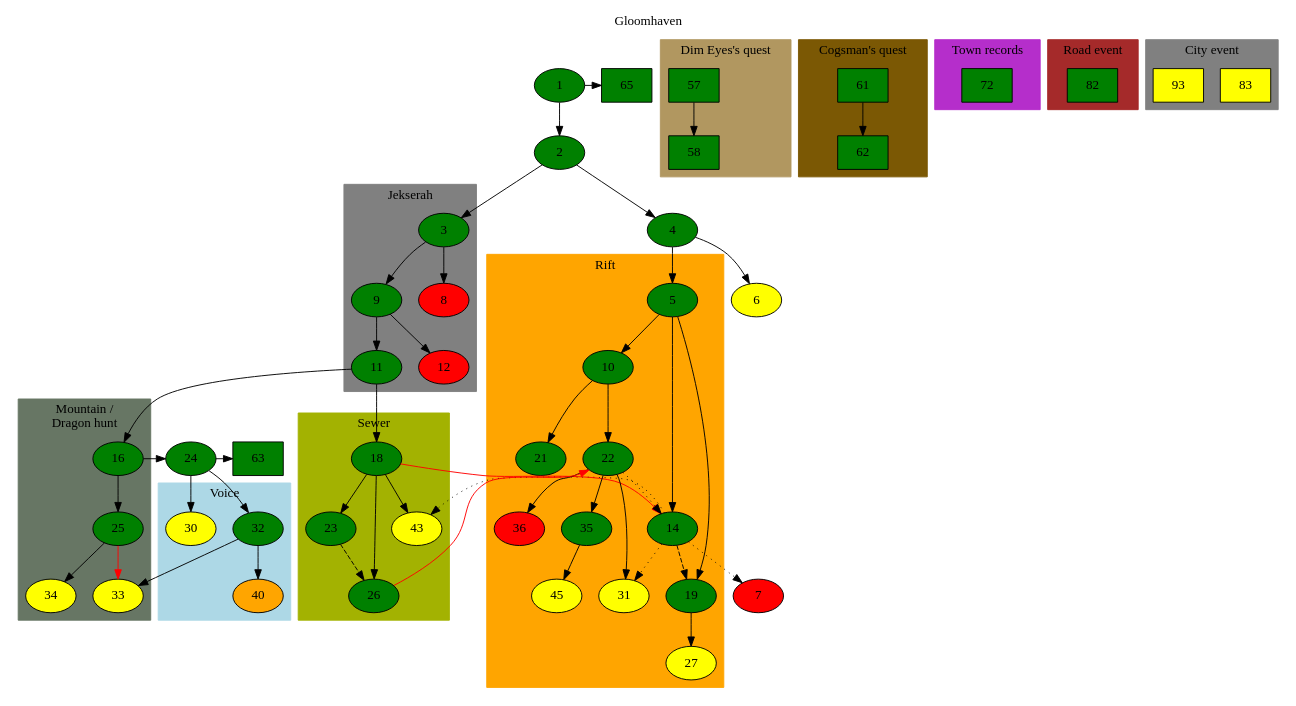
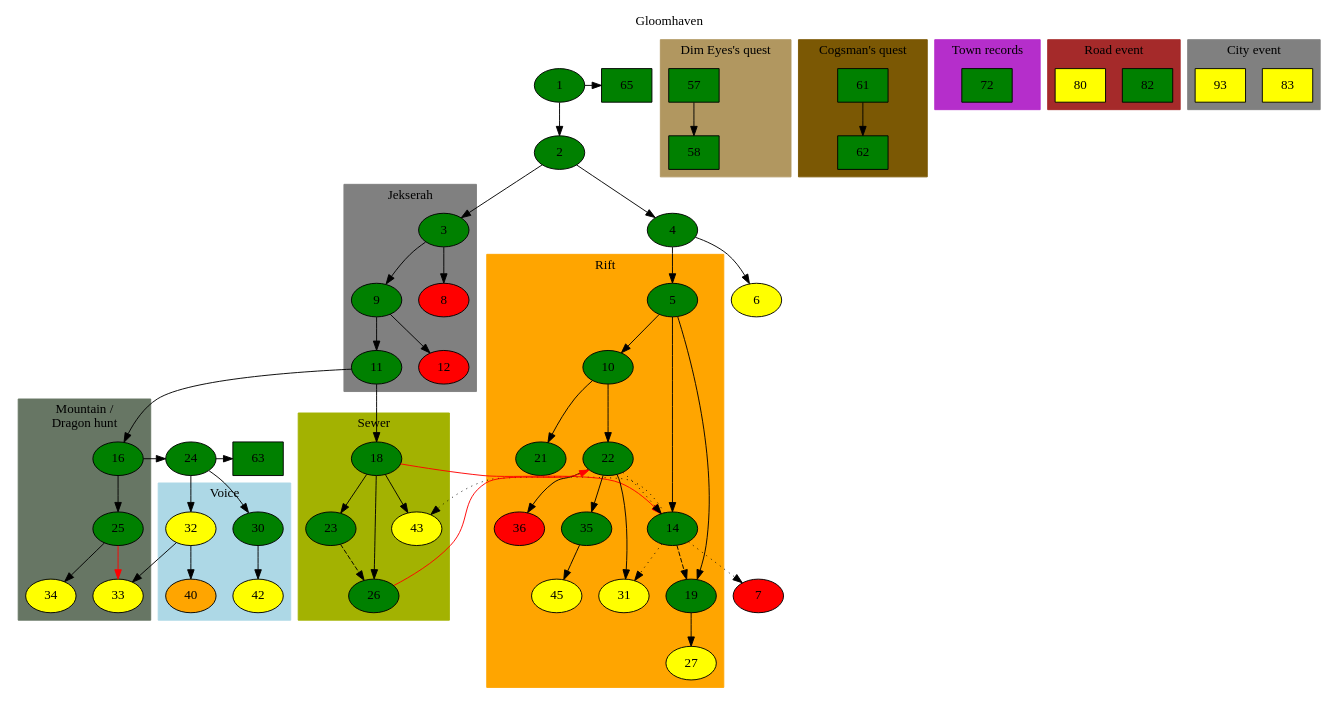
One commit to PickledChris/gloomhaven-scenario-tracking changed the diagram in scenarios.dot. Above: the diagram before and after it, drawn with Graphviz. The commit also changed 1 other file, not shown here.

```diff
--- a/scenarios.dot
+++ b/scenarios.dot
@@ -1,138 +1,139 @@
 digraph world {
 	label="Gloomhaven";
 	labelloc="top";
 
 	# Normal, completed
-	1,2,3,4,5,9,10,11,14,16,18,19,21,22,23,24,25,26,32,35 [style=filled fillcolor="green"];
+	1,2,3,4,5,9,10,11,14,16,18,19,21,22,23,24,25,26,30,32,35 [style=filled fillcolor="green"];
 	# Normal, incomplete
-	6,27,30,31,33,34,43,45 [style=filled fillcolor="yellow"];
+	6,27,31,33,34,32,42,43,45 [style=filled fillcolor="yellow"];
 	# Normal, incomplete, requirements not met
 	40 [style=filled fillcolor="orange"];
 	# Normal, uncompletable
 	7,8,12,36 [style=filled fillcolor="red"];
 
 	# Side, completed
 	## Personal quest
 	57,58,61,62 [style=filled fillcolor="green" shape=box]; 
 	## Random reward
 	63,65 [style=filled fillcolor="green" shape=box]; 
 	{rank=same; 1 65;}
 	{rank=same; 24 63;}
 	# Complete
 	72 [style=filled fillcolor="green" shape=box]; 
 
 	# Road/City
 	# Complete
 	82 [style=filled fillcolor="green" shape=box]; 
 	# Incomplete
-	83,93 [style=filled fillcolor="yellow" shape=box]; 
+	80,83,93 [style=filled fillcolor="yellow" shape=box]; 
 
 	1 -> 2;
 	1 -> 65;
 
 	2 -> 3;
 	2 -> 4;
 	4 -> 5;
 	4 -> 6;
 	14 -> 7 [style="dotted"]; # Reference
 	14 -> 31 [style="dotted"]; # Reference
 	14 -> 43 [style="dotted"]; # Reference
 	11 -> 16;
 	11 -> 18;
 	18 -> 14 [color="red"];
 	26 -> 22 [color="red"];
 	23 -> 26 [style="dashed"]; # Unlocked 
 	24 -> 63;
 
 	subgraph cluster_0 {
 		label = "Jekserah";
 		style = "filled";
 		color = "grey";
 		3 -> 8;
 		3 -> 9;
 		9 -> 11;
 		9 -> 12;
 	}
 
 	subgraph cluster_1 {
 		label = "Rift";
 		style = "filled";
 		color = "orange";
 		5 -> 10;
 		5 -> 14;
 		5 -> 19;
 		14 -> 19 [style="dashed"]; # Unlocks
 		19 -> 27;
 		10 -> 21;
 		10 -> 22;
 		22 -> 14 [style="dotted"]; # Reference
 		22 -> 31;
 		22 -> 35;
 		22 -> 36;
 		35 -> 45;
 	}
 
 	subgraph cluster_2 {
 		label = "Mountain / \n Dragon hunt";
 		style = "filled";
 		color = "#677664";
 		16 -> 24;
 		16 -> 25;
 		25 -> 33 [color="red"];
 		25 -> 34;
 	}
 
 	subgraph cluster_3 {
 		label = "Voice";
 		style = "filled";
 		color = "lightblue";
 		24 -> 32;
 		24 -> 30;
+		30 -> 42;
 		32 -> 33;
 		32 -> 40;
 	}
 
 	subgraph cluster_4 {
 		label = "Sewer";
 		style = "filled";
 		color = "#a3b201";
 		18 -> 23;
 		18 -> 26;
 		18 -> 43;
 	}
 
 	subgraph cluster_10 {
 		label = "Cogsman's quest";
 		style = "filled";
 		color = "#7b5804";
 		61 -> 62;
 	}
 
 	subgraph cluster_11 {
 		label = "Dim Eyes's quest";
 		style = "filled";
 		color = "#b19760";
 		57-> 58;
 	}
 
 	subgraph cluster_20 {
 		label = "City event";
 		style = "filled";
 		color = "grey";
 		83,93;
 	}
 
 	subgraph cluster_21 {
 		label = "Road event";
 		style = "filled";
 		color = "brown";
-		82;
+		80, 82;
 	}
 
 	subgraph cluster_22 {
 		label = "Town records";
 		style = "filled";
 		color = "#b52ecb";
 		72;
 	}
 }
```
